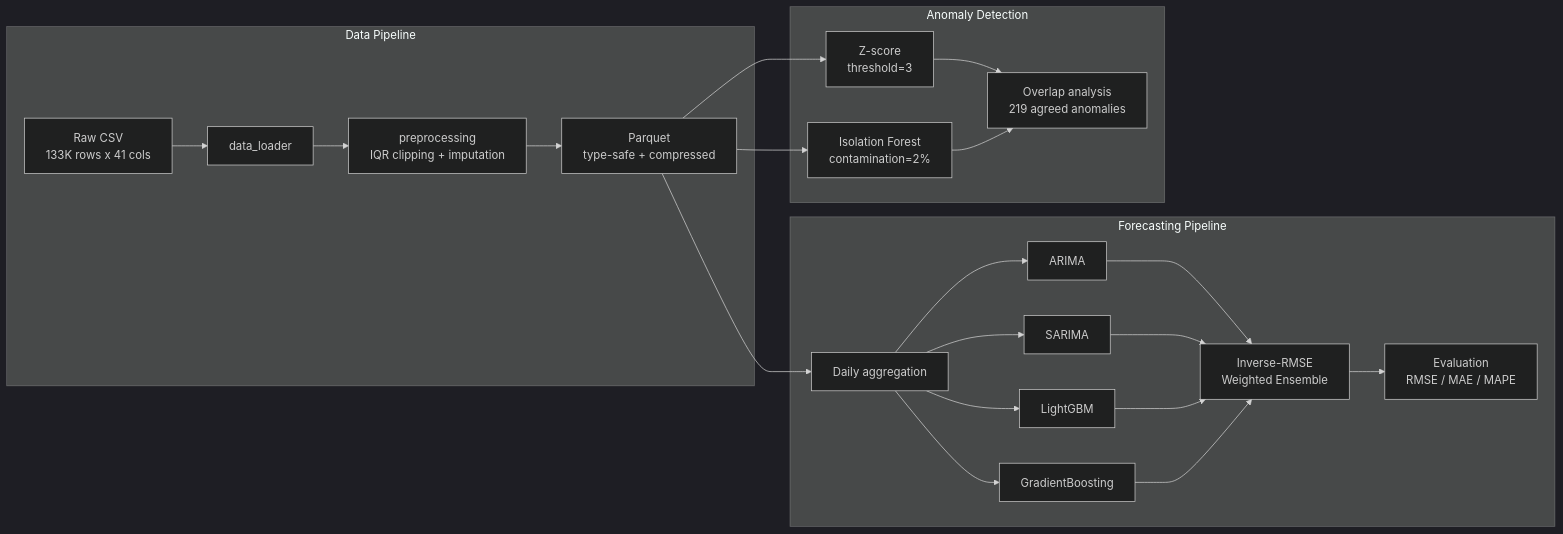
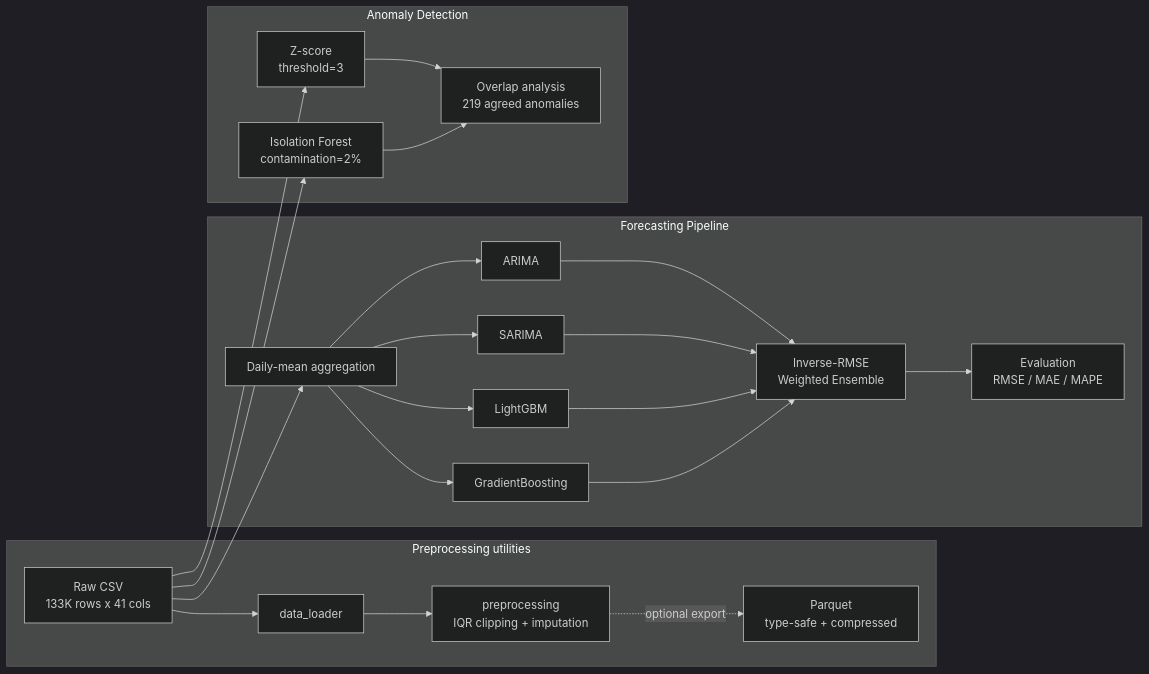
One commit to LukeSantossz/weather-forecast changed the diagram in README.md. Above: the diagram before and after it, drawn with Mermaid (dark theme). The commit also changed other lines of this file, not shown here.

Commit message:
docs(readme): correct architecture to raw-CSV data flow (EVO-1(b))
The diagram and prose claimed both pipelines read a shared cleaned Parquet. In reality the notebooks read the raw CSV directly and the Parquet is an orphaned export. Redraw the flow so the raw CSV feeds forecasting and anomaly detection, mark the Parquet as an optional export, and relabel the forecasting entry point as daily-mean aggregation.

````diff
--- a/README.md
+++ b/README.md
@@ -37,24 +37,26 @@
 ```mermaid
 flowchart LR
-    subgraph Data Pipeline
-        A[Raw CSV\n133K rows x 41 cols] --> B[data_loader]
+    A[Raw CSV\n133K rows x 41 cols]
+
+    subgraph Preprocessing utilities
+        A --> B[data_loader]
         B --> C[preprocessing\nIQR clipping + imputation]
-        C --> D[Parquet\ntype-safe + compressed]
+        C -. optional export .-> D[Parquet\ntype-safe + compressed]
     end
 
     subgraph Forecasting Pipeline
-        D --> E[Daily aggregation]
+        A --> E[Daily-mean aggregation]
         E --> F[ARIMA]
         E --> G[SARIMA]
         E --> H[LightGBM]
         E --> I[GradientBoosting]
         F & G & H & I --> J[Inverse-RMSE\nWeighted Ensemble]
         J --> K[Evaluation\nRMSE / MAE / MAPE]
     end
 
     subgraph Anomaly Detection
-        D --> L[Z-score\nthreshold=3]
-        D --> M[Isolation Forest\ncontamination=2%]
+        A --> L[Z-score\nthreshold=3]
+        A --> M[Isolation Forest\ncontamination=2%]
         L & M --> N[Overlap analysis\n219 agreed anomalies]
     end
 ```
````
